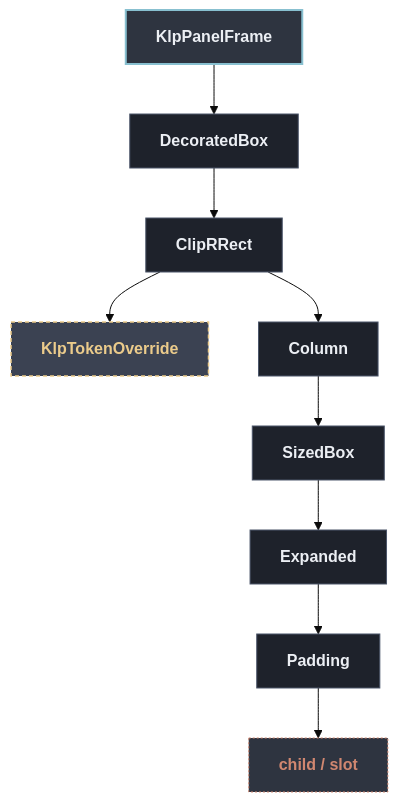
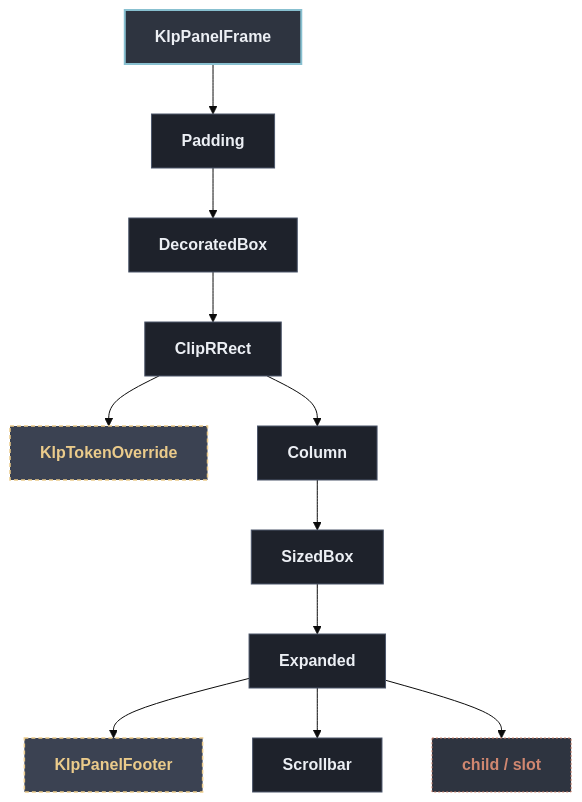
The diagram in docs/architecture/components/shell/klp_panel_frame.md (MiuDog/Kallopis), drawn with Mermaid (base theme) before and after one commit. The commit also changed other lines of this file and 1105 other files, not shown here.

Commit message:
refactor: establish semantic design architecture

````diff
--- a/docs/architecture/components/shell/klp_panel_frame.md
+++ b/docs/architecture/components/shell/klp_panel_frame.md
@@ -13,26 +13,30 @@
 ```mermaid
 flowchart TD
   classDef default fill:#1E222B,stroke:#4C566A,stroke-width:1px,color:#ECEFF4;
   classDef root fill:#2E3440,stroke:#88C0D0,stroke-width:2px,color:#ECEFF4,font-weight:bold;
   classDef reference fill:#3B4252,stroke:#EBCB8B,stroke-width:1.5px,stroke-dasharray: 4 3,color:#EBCB8B;
   classDef container fill:#2E3440,stroke:#A3BE8C,stroke-width:1.5px,color:#A3BE8C;
   classDef slot fill:#2E3440,stroke:#D08770,stroke-width:1px,stroke-dasharray: 2 2,color:#D08770;
 
   root["KlpPanelFrame"]:::root
-  n1["DecoratedBox"]
+  n1["Padding"]
   root --> n1
-  n2["ClipRRect"]
+  n2["DecoratedBox"]
   n1 --> n2
-  n3["KlpTokenOverride"]:::reference
+  n3["ClipRRect"]
   n2 --> n3
-  n4["Column"]
-  n2 --> n4
-  n5["SizedBox"]
-  n4 --> n5
-  n6["Expanded"]
+  n4["KlpTokenOverride"]:::reference
+  n3 --> n4
+  n5["Column"]
+  n3 --> n5
+  n6["SizedBox"]
   n5 --> n6
-  n7["Padding"]
+  n7["Expanded"]
   n6 --> n7
-  n8["child / slot"]:::slot
+  n8["KlpPanelFooter"]:::reference
   n7 --> n8
+  n9["Scrollbar"]
+  n7 --> n9
+  n10["child / slot"]:::slot
+  n7 --> n10
 ```
````
